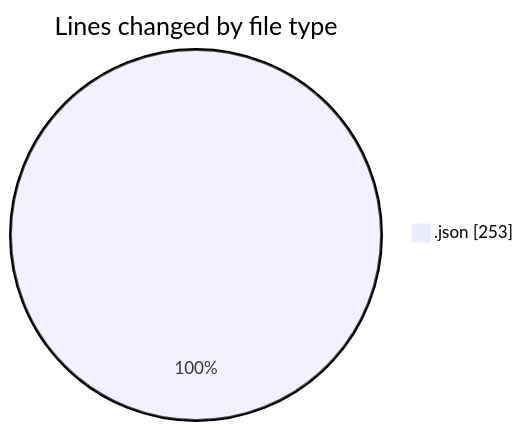
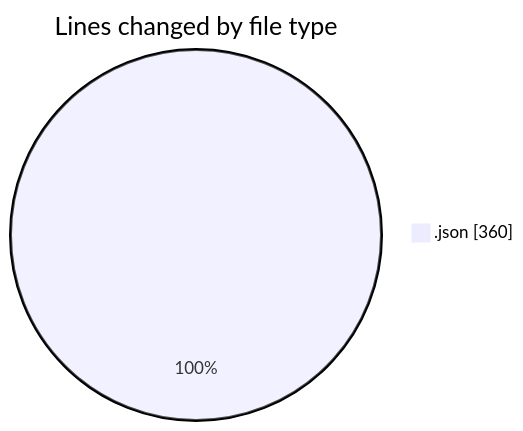
The first of 2 diagrams in 2025-07-29/refunds/README.md (EIIisD/code-tracking), drawn with Mermaid before and after one commit. The commit also changed other lines of this file and 1 other file, not shown here.

````diff
--- a/2025-07-29/refunds/README.md
+++ b/2025-07-29/refunds/README.md
@@ -20,5 +20,5 @@
 ```mermaid
 pie showData
 title Lines changed by file type
-".json" : 253
+".json" : 360
 ```
````
